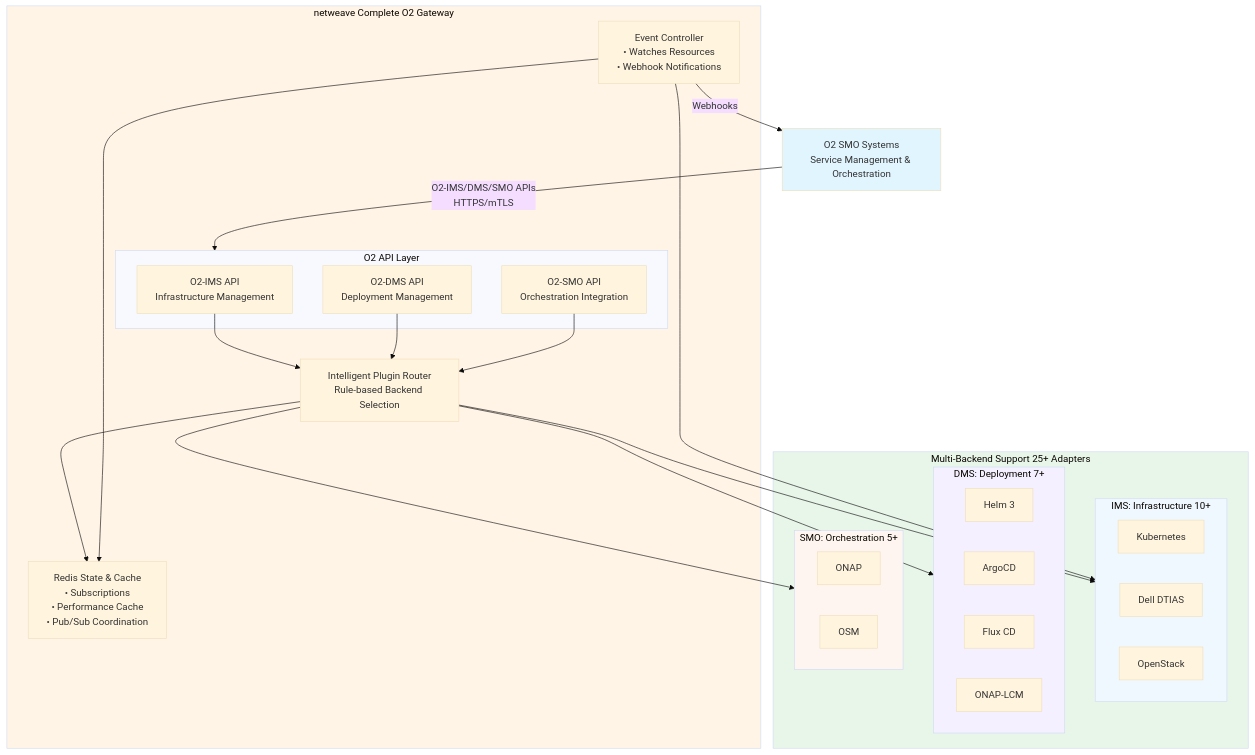
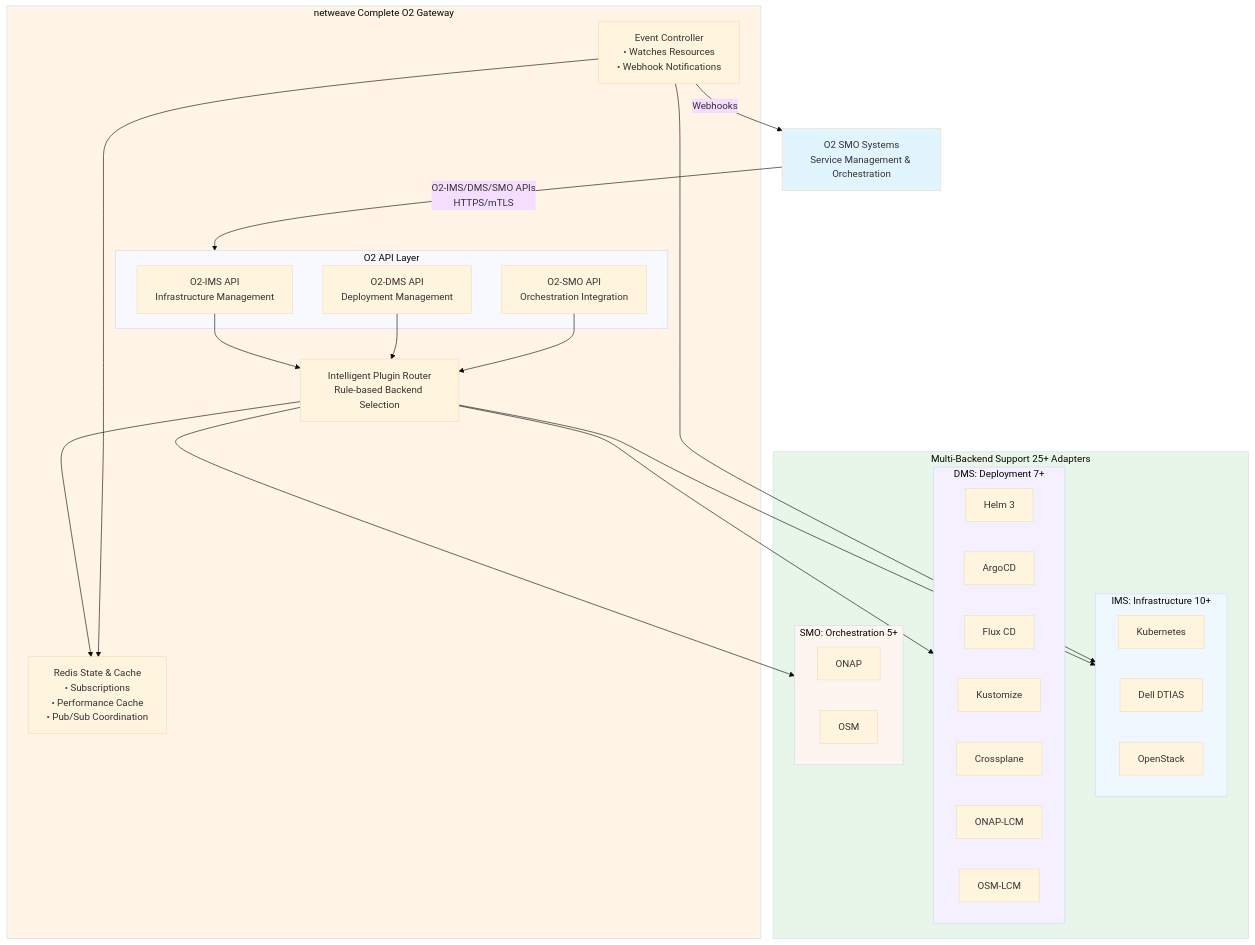
The diagram in README.md (piwi3910/netweave), drawn with Mermaid (base theme) before and after one commit. The commit also changed other lines of this file and 14 other files, not shown here.

````diff
--- a/README.md
+++ b/README.md
@@ -73,57 +73,60 @@
 ```mermaid
 graph TB
     SMO[O2 SMO Systems<br/>Service Management & Orchestration]
 
     subgraph Gateway [netweave Complete O2 Gateway]
         subgraph APIs [O2 API Layer]
             IMS[O2-IMS API<br/>Infrastructure Management]
             DMS[O2-DMS API<br/>Deployment Management]
             SMO_API[O2-SMO API<br/>Orchestration Integration]
         end
 
         Router[Intelligent Plugin Router<br/>Rule-based Backend Selection]
         Redis[Redis State & Cache<br/>• Subscriptions<br/>• Performance Cache<br/>• Pub/Sub Coordination]
         CTRL[Event Controller<br/>• Watches Resources<br/>• Webhook Notifications]
     end
 
     subgraph Backends [Multi-Backend Support 25+ Adapters]
         subgraph IMS_Backends [IMS: Infrastructure 10+]
             K8s[Kubernetes]
             DTIAS[Dell DTIAS]
             OS[OpenStack]
         end
 
         subgraph DMS_Backends [DMS: Deployment 7+]
             Helm[Helm 3]
             Argo[ArgoCD]
             Flux[Flux CD]
+            Kust[Kustomize]
+            XPlane[Crossplane]
             ONAP_LCM[ONAP-LCM]
+            OSM_LCM[OSM-LCM]
         end
 
         subgraph SMO_Backends [SMO: Orchestration 5+]
             ONAP[ONAP]
             OSM[OSM]
         end
     end
 
     SMO -->|O2-IMS/DMS/SMO APIs<br/>HTTPS/mTLS| APIs
     IMS --> Router
     DMS --> Router
     SMO_API --> Router
 
     Router --> Redis
     Router --> IMS_Backends
     Router --> DMS_Backends
     Router --> SMO_Backends
 
     CTRL --> Redis
     CTRL --> IMS_Backends
     CTRL -->|Webhooks| SMO
 
     style SMO fill:#e1f5ff
     style Gateway fill:#fff4e6
     style Backends fill:#e8f5e9
     style IMS_Backends fill:#f0f8ff
     style DMS_Backends fill:#f5f0ff
     style SMO_Backends fill:#fff5f0
 ```
````
